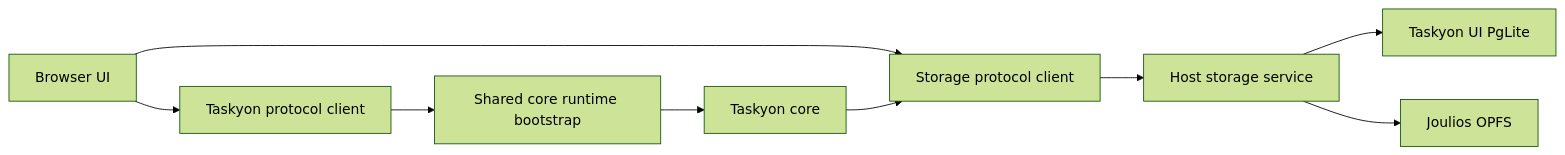
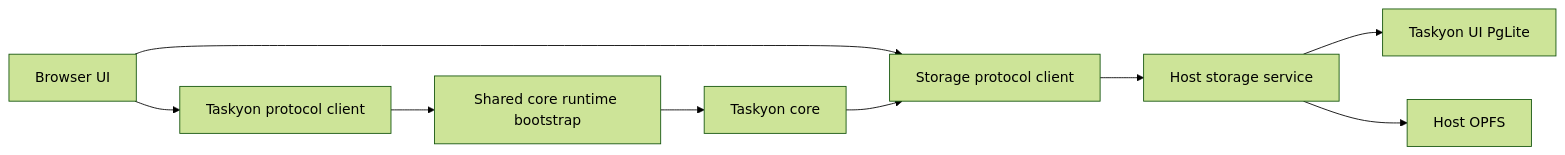
The diagram in packages/runtime-browser/README.md (Xyntopia/taskyon), drawn with Mermaid (forest theme) before and after one commit. The commit also changed 7 other files, not shown here.

````diff
--- a/packages/runtime-browser/README.md
+++ b/packages/runtime-browser/README.md
@@ -7,11 +7,11 @@
 ```mermaid
 flowchart LR
   UI[Browser UI] --> Client[Taskyon protocol client]
   UI --> StorageClient[Storage protocol client]
   Client --> CoreRuntime[Shared core runtime bootstrap]
   CoreRuntime --> Core[Taskyon core]
   Core --> StorageClient
   StorageClient --> StorageService[Host storage service]
   StorageService --> PgLite[Taskyon UI PgLite]
-  StorageService --> OPFS[Joulios OPFS]
+  StorageService --> OPFS[Host OPFS]
 ```
````
